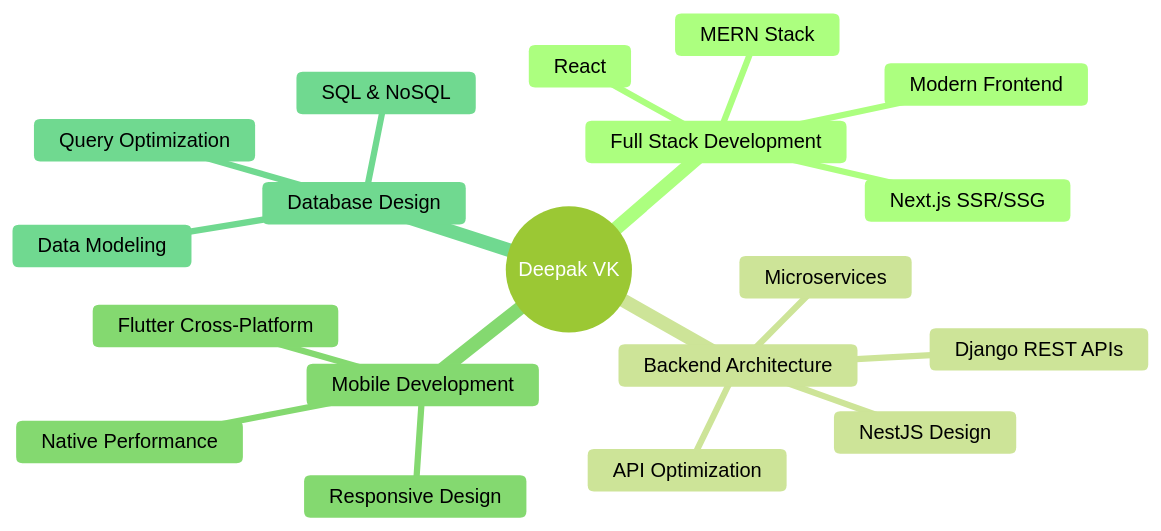
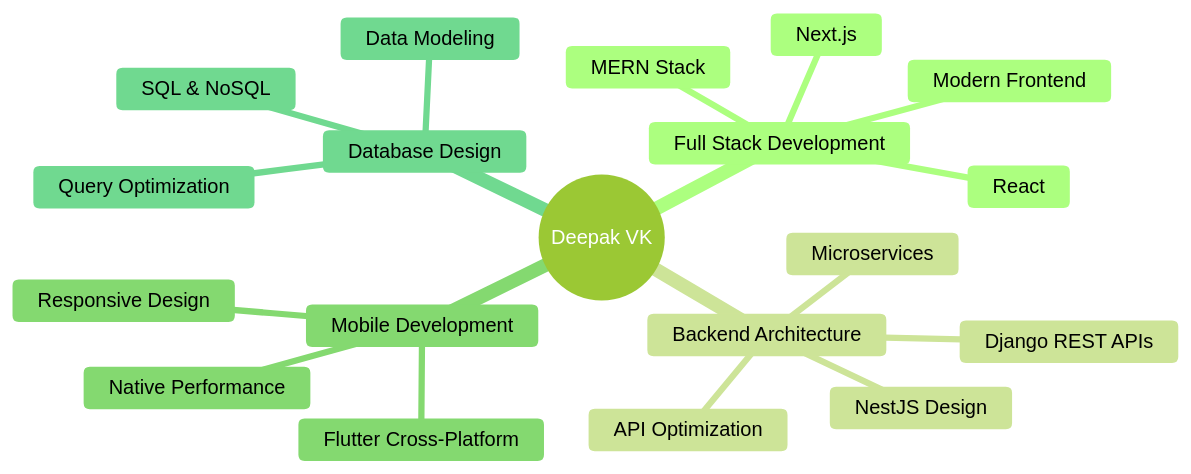
The diagram in README.md (deepak-devhub/deepak-devhub), drawn with Mermaid (forest theme) before and after one commit.

````diff
--- a/README.md
+++ b/README.md
@@ -226,22 +226,22 @@
 ```mermaid
 mindmap
   root((Deepak VK))
     Full Stack Development
       React 
       MERN Stack
-      Next.js SSR/SSG
+      Next.js
       Modern Frontend
     Backend Architecture
       NestJS Design
       Django REST APIs
       Microservices
       API Optimization
     Mobile Development
       Flutter Cross-Platform
       Responsive Design
       Native Performance
     Database Design
       SQL & NoSQL
       Query Optimization
       Data Modeling
 ```
````
